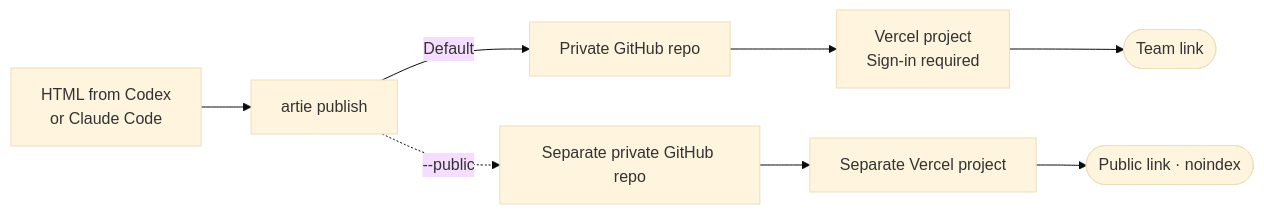
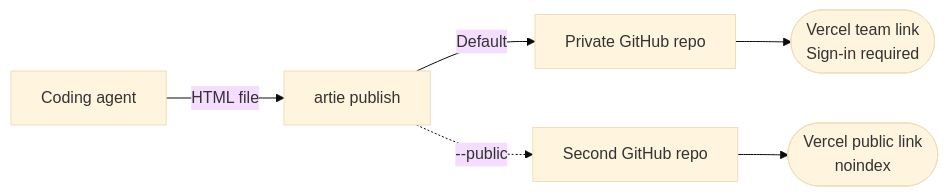
Before and after one commit to upriver-ai/artie: the diagram in README.md, drawn with Mermaid (base theme). The commit also changed other lines of this file, not shown here.

Commit message:
[docs] Clarify Artie team setup and diagram

````diff
--- a/README.md
+++ b/README.md
@@ -11,12 +11,10 @@
 ```mermaid
 flowchart LR
     accTitle: How Artie publishes an HTML artifact
-    accDescr: Artie publishes a local HTML file through GitHub and Vercel. The default link requires Vercel sign-in. Public publishing uses a separate repository and project and adds noindex.
-    artifact["HTML from Codex<br/>or Claude Code"] --> cli["artie publish"]
+    accDescr: A coding agent creates an HTML file. Artie publishes it through a private GitHub repo to a team link on Vercel. The public option uses a second private repo and Vercel project.
+    agent["Coding agent"] -->|HTML file| cli["artie publish"]
     cli -->|Default| teamRepo["Private GitHub repo"]
-    teamRepo --> teamHost["Vercel project<br/>Sign-in required"]
-    teamHost --> teamLink(["Team link"])
-    cli -.->|"--public"| publicRepo["Separate private GitHub repo"]
-    publicRepo --> publicHost["Separate Vercel project"]
-    publicHost --> publicLink(["Public link · noindex"])
+    teamRepo --> teamLink(["Vercel team link<br/>Sign-in required"])
+    cli -.->|"--public"| publicRepo["Second GitHub repo"]
+    publicRepo --> publicLink(["Vercel public link<br/>noindex"])
 ```
````
